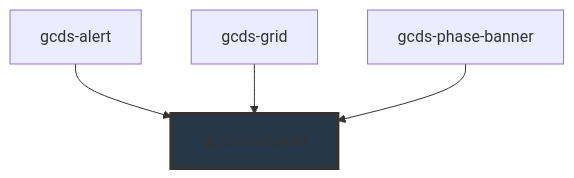
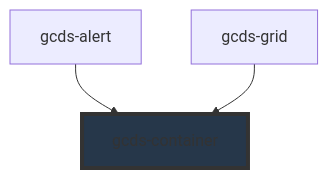
Before and after one commit to cds-snc/gcds-components: the diagram in packages/web/src/components/gcds-container/readme.md, drawn with Mermaid. The commit also changed other lines of this file and 13 other files, not shown here.

Commit message:
remove(gcds-phase-banner): remove gcds-phase-banner component

````diff
--- a/packages/web/src/components/gcds-container/readme.md
+++ b/packages/web/src/components/gcds-container/readme.md
@@ -41,7 +40,6 @@
 ```mermaid
 graph TD;
   gcds-alert --> gcds-container
   gcds-grid --> gcds-container
-  gcds-phase-banner --> gcds-container
   style gcds-container fill:#26374a,stroke:#333,stroke-width:4px
 ```
````
